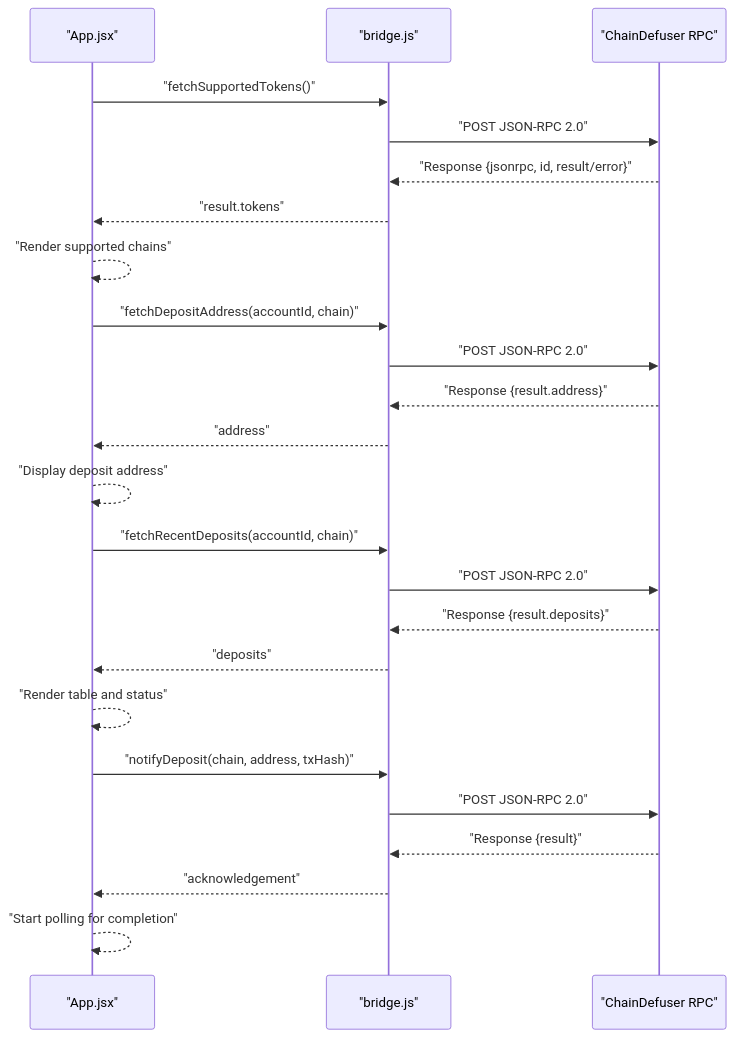
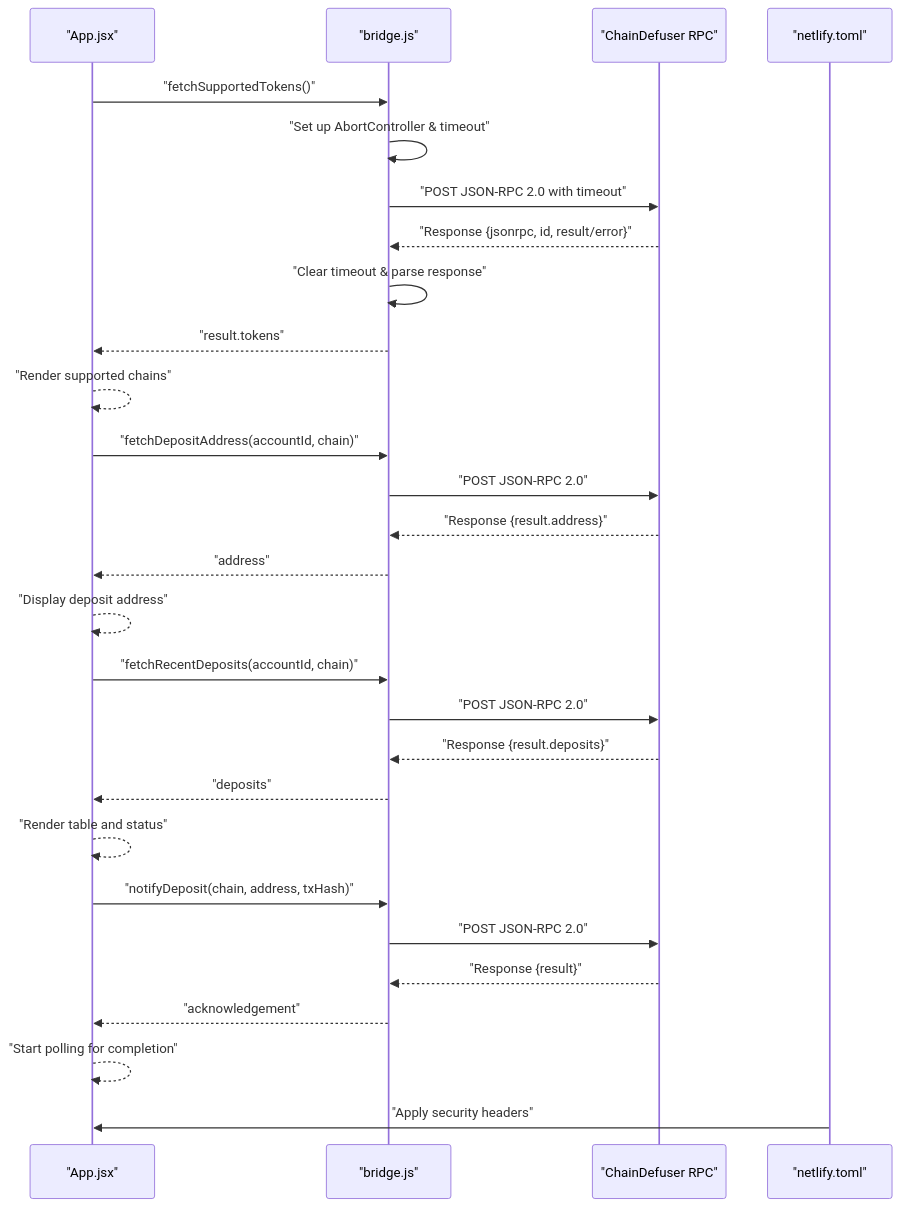
Before and after one commit to KaranMakani/deposit-fixer: the second of 5 diagrams in .qoder/repowiki/en/content/Technical Architecture/API Integration Layer.md, drawn with Mermaid. The commit also changed other lines of this file and 10 other files, not shown here.

````diff
--- a/.qoder/repowiki/en/content/Technical Architecture/API Integration Layer.md
+++ b/.qoder/repowiki/en/content/Technical Architecture/API Integration Layer.md
@@ -89,26 +109,30 @@
 ```mermaid
 sequenceDiagram
 participant UI as "App.jsx"
 participant API as "bridge.js"
 participant RPC as "ChainDefuser RPC"
+participant Security as "netlify.toml"
 UI->>API : "fetchSupportedTokens()"
-API->>RPC : "POST JSON-RPC 2.0"
+API->>API : "Set up AbortController & timeout"
+API->>RPC : "POST JSON-RPC 2.0 with timeout"
 RPC-->>API : "Response {jsonrpc, id, result/error}"
+API->>API : "Clear timeout & parse response"
 API-->>UI : "result.tokens"
 UI-->>UI : "Render supported chains"
 UI->>API : "fetchDepositAddress(accountId, chain)"
 API->>RPC : "POST JSON-RPC 2.0"
 RPC-->>API : "Response {result.address}"
 API-->>UI : "address"
 UI-->>UI : "Display deposit address"
 UI->>API : "fetchRecentDeposits(accountId, chain)"
 API->>RPC : "POST JSON-RPC 2.0"
 RPC-->>API : "Response {result.deposits}"
 API-->>UI : "deposits"
 UI-->>UI : "Render table and status"
 UI->>API : "notifyDeposit(chain, address, txHash)"
 API->>RPC : "POST JSON-RPC 2.0"
 RPC-->>API : "Response {result}"
 API-->>UI : "acknowledgement"
 UI-->>UI : "Start polling for completion"
+Security->>UI : "Apply security headers"
 ```
````
